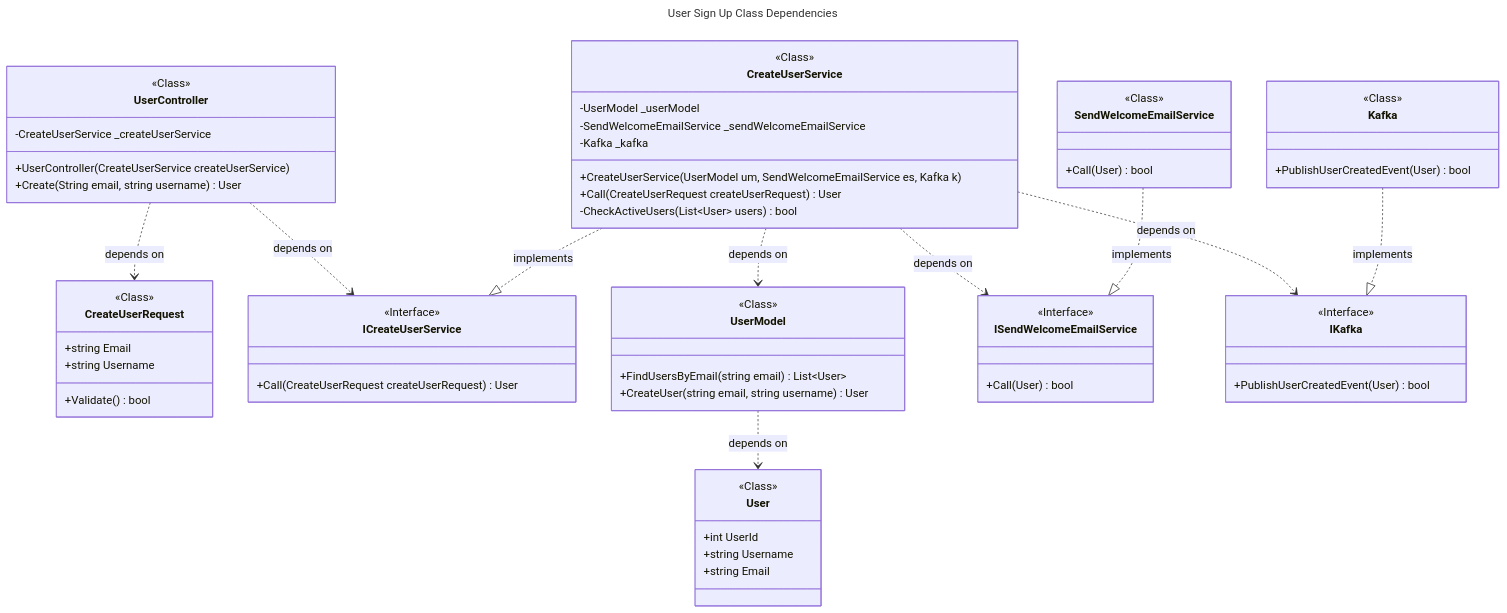
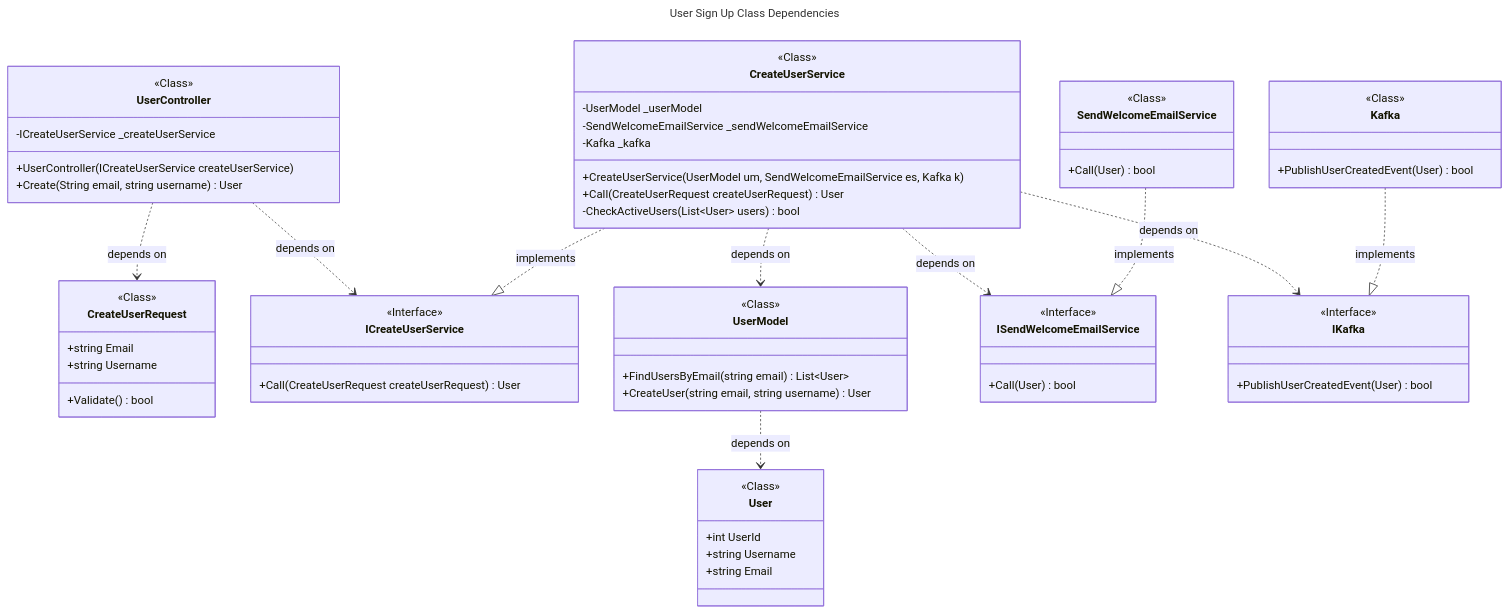
Before and after one commit to louishuyng/awesome-tech: the diagram in architecture/mermaid/visualize_code_flows/user_sign_up_class_depdencies.md, drawn with Mermaid.

Commit message:
fix sign up class diagram

````diff
--- a/architecture/mermaid/visualize_code_flows/user_sign_up_class_depdencies.md
+++ b/architecture/mermaid/visualize_code_flows/user_sign_up_class_depdencies.md
@@ -1,81 +1,81 @@
 ```mermaid
 ---
     title: User Sign Up Class Dependencies
 ---
 classDiagram
     class UserController {
         <<Class>>
-        -CreateUserService _createUserService
-        +UserController(CreateUserService createUserService)
+        -ICreateUserService _createUserService
+        +UserController(ICreateUserService createUserService)
         +Create(String email, string username) User
     }
     
     class CreateUserRequest {
         <<Class>>
  	    +string Email
  	    +string Username
 
  	    +Validate() bool
  	}
  	
     class ICreateUserService {
  	    <<Interface>>
  	    +Call(CreateUserRequest createUserRequest) User
  	}
 
     class CreateUserService {
         <<Class>>
         -UserModel _userModel
         -SendWelcomeEmailService _sendWelcomeEmailService
         -Kafka _kafka
         +CreateUserService(UserModel um, SendWelcomeEmailService es, Kafka k)
         +Call(CreateUserRequest createUserRequest) User
         -CheckActiveUsers(List~User~ users) bool
     }
     
     class UserModel {
         <<Class>>
         +FindUsersByEmail(string email) List~User~
         +CreateUser(string email, string username) User
     }
     
     class User {
         <<Class>>
         +int UserId
         +string Username
         +string Email
     }
     
     class SendWelcomeEmailService {
         <<Class>>
         +Call(User) bool
     }
 
     class ISendWelcomeEmailService {
         <<Interface>>
         +Call(User) bool
     }
     
     class Kafka {
         <<Class>>
         +PublishUserCreatedEvent(User) bool
     }
     
     class IKafka {
         <<Interface>>
         +PublishUserCreatedEvent(User) bool
     }
 
     UserController ..> ICreateUserService: depends on
     UserController ..> CreateUserRequest: depends on
     
     CreateUserService ..> UserModel: depends on
     UserModel ..> User: depends on
     
     CreateUserService ..> ISendWelcomeEmailService: depends on
     CreateUserService ..> IKafka: depends on
     
     CreateUserService ..|> ICreateUserService: implements
     SendWelcomeEmailService ..|> ISendWelcomeEmailService: implements
     Kafka ..|> IKafka: implements
 ```
````
